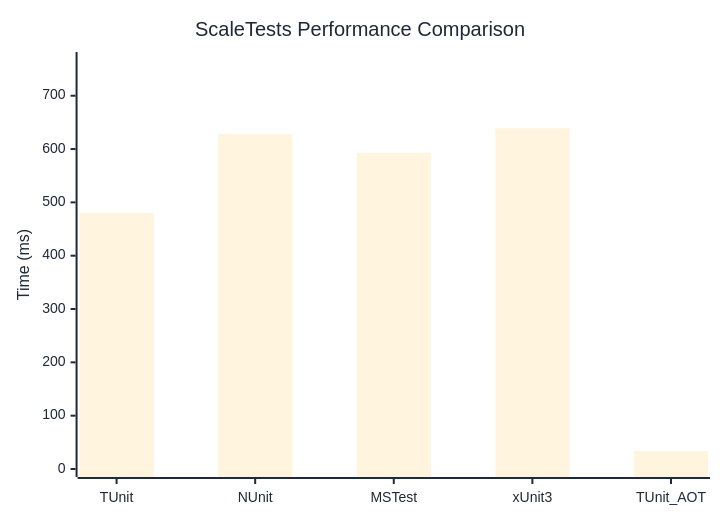
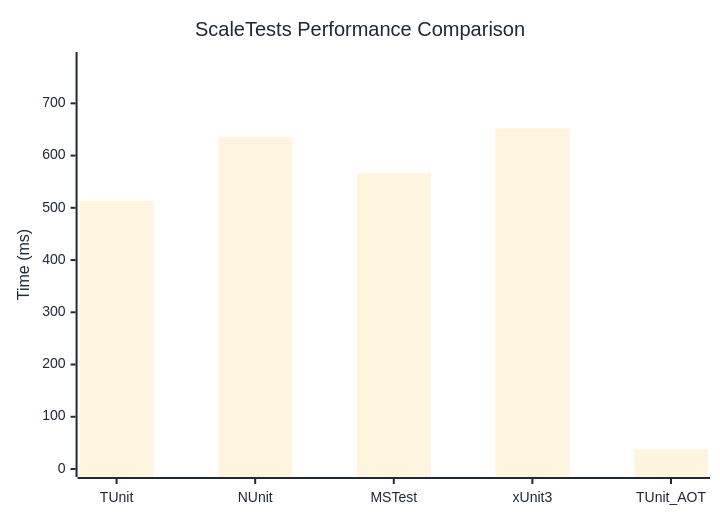
One commit to thomhurst/TUnit changed the diagram in docs/docs/benchmarks/ScaleTests.md. Above: the diagram before and after it, drawn with Mermaid. The commit also changed other lines of this file and 17 other files, not shown here.

````diff
--- a/docs/docs/benchmarks/ScaleTests.md
+++ b/docs/docs/benchmarks/ScaleTests.md
@@ -27,37 +27,37 @@
 ```mermaid
 %%{init: {
   'theme':'base',
   'themeVariables': {
     'primaryColor': '#2563eb',
     'primaryTextColor': '#1f2937',
     'primaryBorderColor': '#1e40af',
     'lineColor': '#6b7280',
     'secondaryColor': '#7c3aed',
     'tertiaryColor': '#dc2626',
     'background': '#ffffff',
     'mainBkg': '#2563eb',
     'secondBkg': '#7c3aed',
     'tertiaryBkg': '#dc2626',
     'clusterBkg': '#f3f4f6',
     'edgeLabelBackground': '#ffffff',
     'tertiaryTextColor': '#1f2937',
     'pie1': '#2563eb',
     'pie2': '#7c3aed',
     'pie3': '#dc2626',
     'pie4': '#f59e0b',
     'pie5': '#10b981',
     'pie6': '#06b6d4',
     'pie7': '#ec4899',
     'pie8': '#6366f1',
     'pie9': '#84cc16',
     'pie10': '#f97316',
     'pie11': '#14b8a6',
     'pie12': '#a855f7'
   }
 }}%%
 xychart-beta
   title "ScaleTests Performance Comparison"
   x-axis ["TUnit", "NUnit", "MSTest", "xUnit3", "TUnit_AOT"]
-  y-axis "Time (ms)" 0 --> 767
-  bar [480.44, 627.92, 592.94, 638.96, 33.91]
+  y-axis "Time (ms)" 0 --> 783
+  bar [513.43, 635.38, 566.37, 652.24, 37.69]
 ```
````
